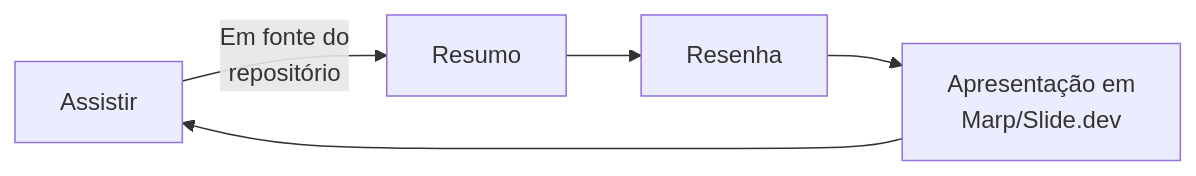
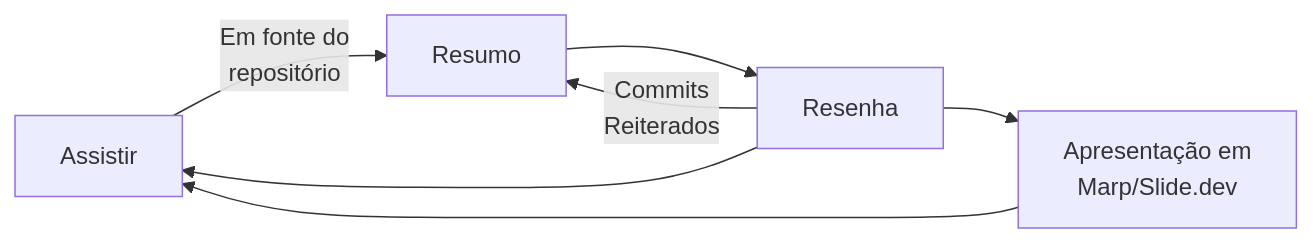
The second of 6 diagrams in README.md (dnlclaudino/gestao-do-conhecimento), drawn with Mermaid before and after one commit. The commit also changed other lines of this file, not shown here.

````diff
--- a/README.md
+++ b/README.md
@@ -48,7 +50,9 @@
 ```mermaid
 graph LR;
     A[Assistir]-- Em fonte do<br>repositório -->C[Resumo];
     C-->D[Resenha];
+    D--Commits<br>Reiterados-->C
+    D-->A
     D-->E[Apresentação em<br>Marp/Slide.dev];
     E-->A
 ```
````
